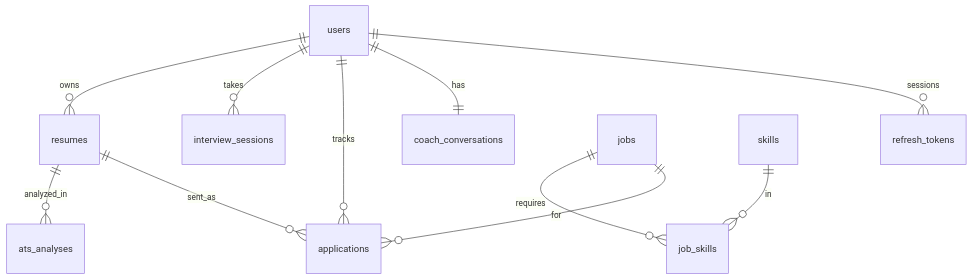
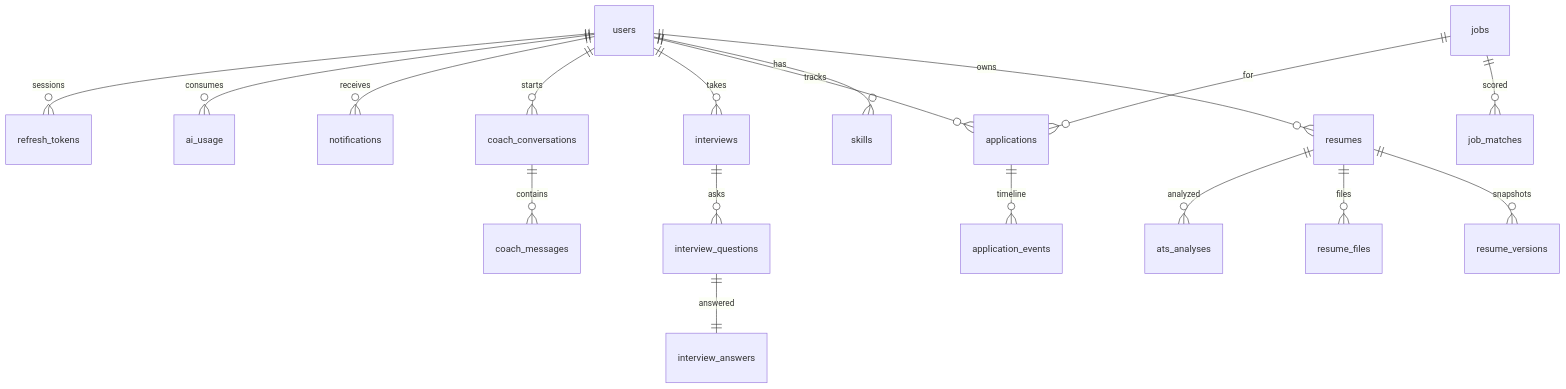
Before and after one commit to Losomon/ai-resume-interview: the diagram in database/README.md, drawn with Mermaid. The commit also changed other lines of this file and 23 other files, not shown here.

Commit message:
git commit -m" update database schema and add ordinary network migration"

````diff
--- a/database/README.md
+++ b/database/README.md
@@ -52,13 +27,20 @@
 ```mermaid
 erDiagram
   users ||--o{ resumes : owns
-  users ||--o{ interview_sessions : takes
+  users ||--o{ skills : has
   users ||--o{ applications : tracks
-  users ||--|| coach_conversations : has
+  users ||--o{ interviews : takes
+  users ||--o{ coach_conversations : starts
+  users ||--o{ notifications : receives
+  users ||--o{ ai_usage : consumes
   users ||--o{ refresh_tokens : sessions
-  resumes ||--o{ ats_analyses : analyzed_in
-  jobs ||--o{ job_skills : requires
-  skills ||--o{ job_skills : in
+  resumes ||--o{ resume_versions : snapshots
+  resumes ||--o{ resume_files : files
+  resumes ||--o{ ats_analyses : analyzed
+  jobs ||--o{ job_matches : scored
   jobs ||--o{ applications : for
-  resumes ||--o{ applications : sent_as
+  applications ||--o{ application_events : timeline
+  interviews ||--o{ interview_questions : asks
+  interview_questions ||--|| interview_answers : answered
+  coach_conversations ||--o{ coach_messages : contains
 ```
````
